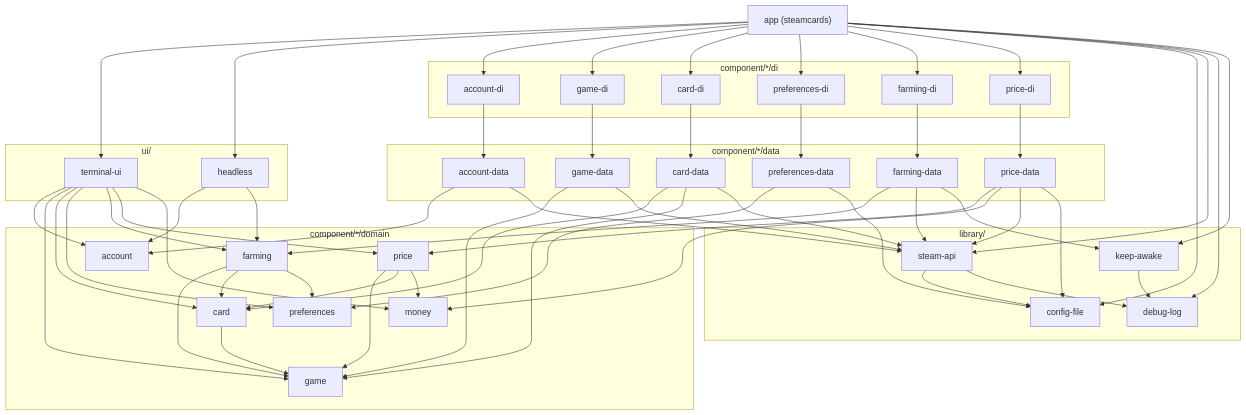
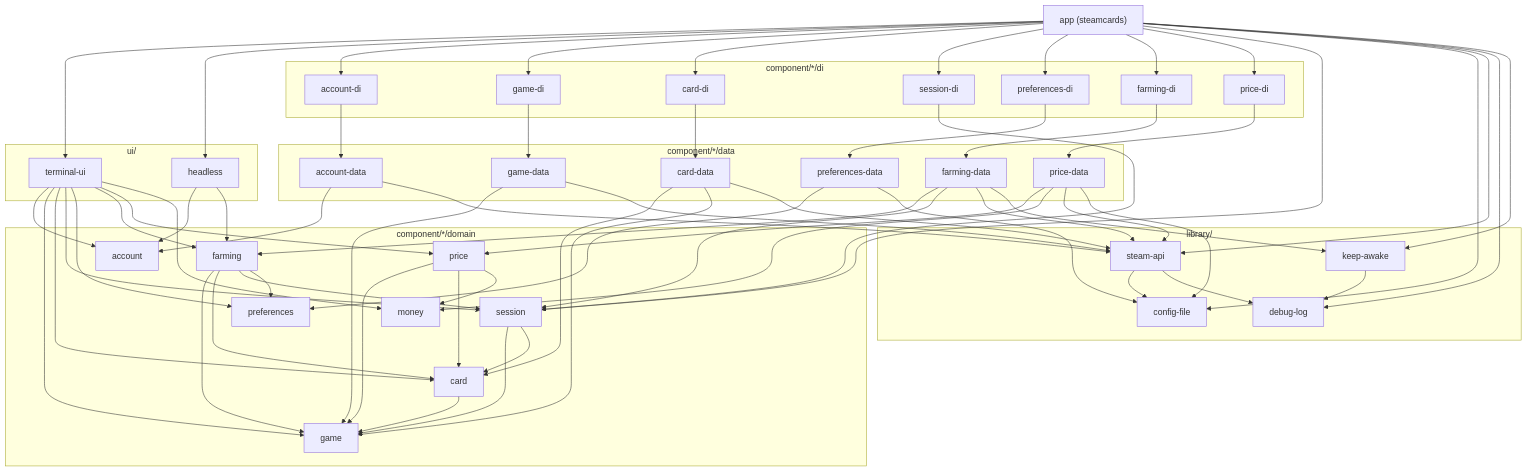
The diagram in docs/architecture.md (joshgallantt/steamcards), drawn with Mermaid before and after one commit. The commit also changed other lines of this file and 53 other files, not shown here.

````diff
--- a/docs/architecture.md
+++ b/docs/architecture.md
@@ -321,65 +329,69 @@
 ```mermaid
 graph TD
     APP["app (steamcards)"]
 
     subgraph UI["ui/"]
         TUI[terminal-ui]
         HL[headless]
     end
 
     subgraph DI["component/*/di"]
         ADI[account-di]
         GDI[game-di]
         CDI[card-di]
+        SDI[session-di]
         PDI[preferences-di]
         FDI[farming-di]
         PRDI[price-di]
     end
 
     subgraph DATA["component/*/data"]
         AD[account-data]
         GD[game-data]
         CD[card-data]
         PD[preferences-data]
         FD[farming-data]
         PRD[price-data]
     end
 
     subgraph DOMAIN["component/*/domain"]
         MON[money]
         ACC[account]
         GAME[game]
         CARD[card]
+        SES[session]
         PREF[preferences]
         FARM[farming]
         PRICE[price]
     end
 
     subgraph LIBS["library/"]
         SA[steam-api]
         CF[config-file]
         DL[debug-log]
         KA[keep-awake]
     end
 
-    APP --> TUI & HL & ADI & GDI & CDI & PDI & FDI & PRDI & CF & SA & DL & KA
-    TUI --> ACC & GAME & CARD & PREF & FARM & PRICE & MON
+    APP --> TUI & HL & ADI & GDI & CDI & SDI & PDI & FDI & PRDI & SES & CF & SA & DL & KA
+    TUI --> ACC & GAME & CARD & SES & PREF & FARM & PRICE & MON
     HL --> ACC & FARM
     ADI --> AD
     GDI --> GD
     CDI --> CD
     PDI --> PD
     FDI --> FD
+    SDI --> SES
     PRDI --> PRD
     AD --> ACC & SA
     GD --> GAME & SA
     CD --> CARD & GAME & SA
     PD --> PREF & CF
-    FD --> FARM & SA & KA
+    FD --> FARM & SES & SA & KA
     PRD --> PRICE & MON & SA & CF
     CARD --> GAME
-    FARM --> GAME & CARD & PREF
+    SES --> GAME & CARD
+    FARM --> GAME & CARD & SES & PREF
     PRICE --> GAME & CARD & MON
     SA --> CF & DL
     KA --> DL
 ```
````
